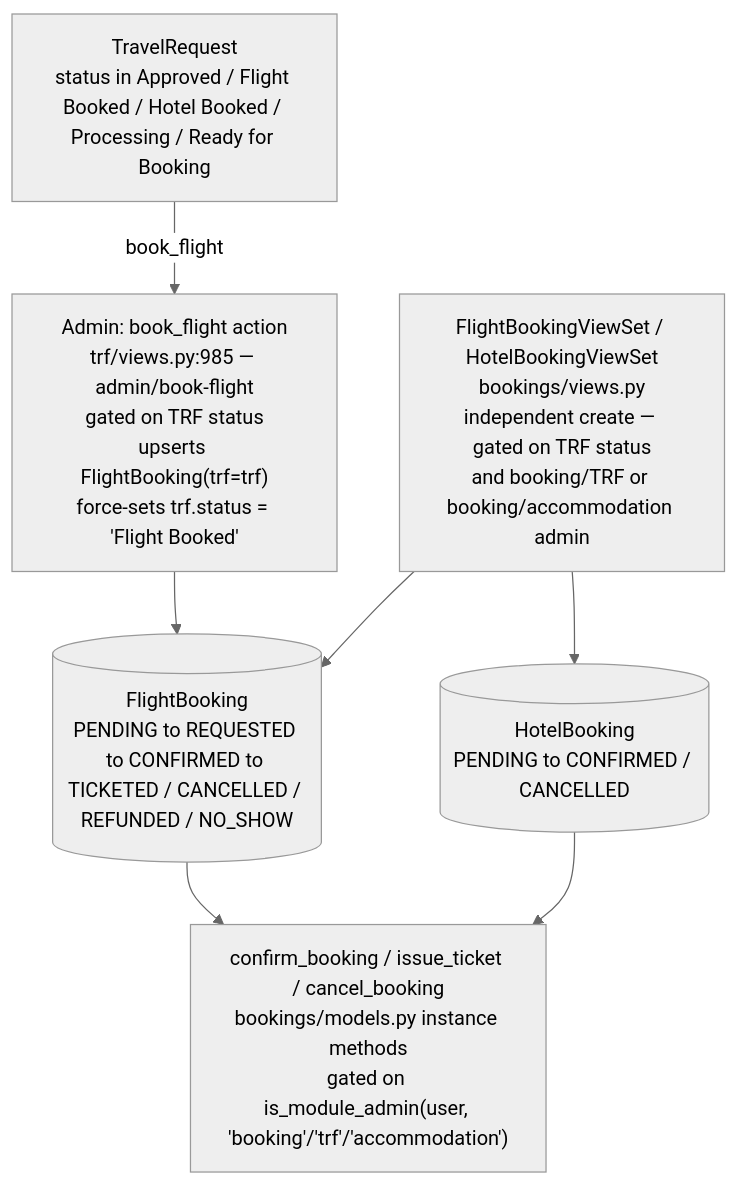
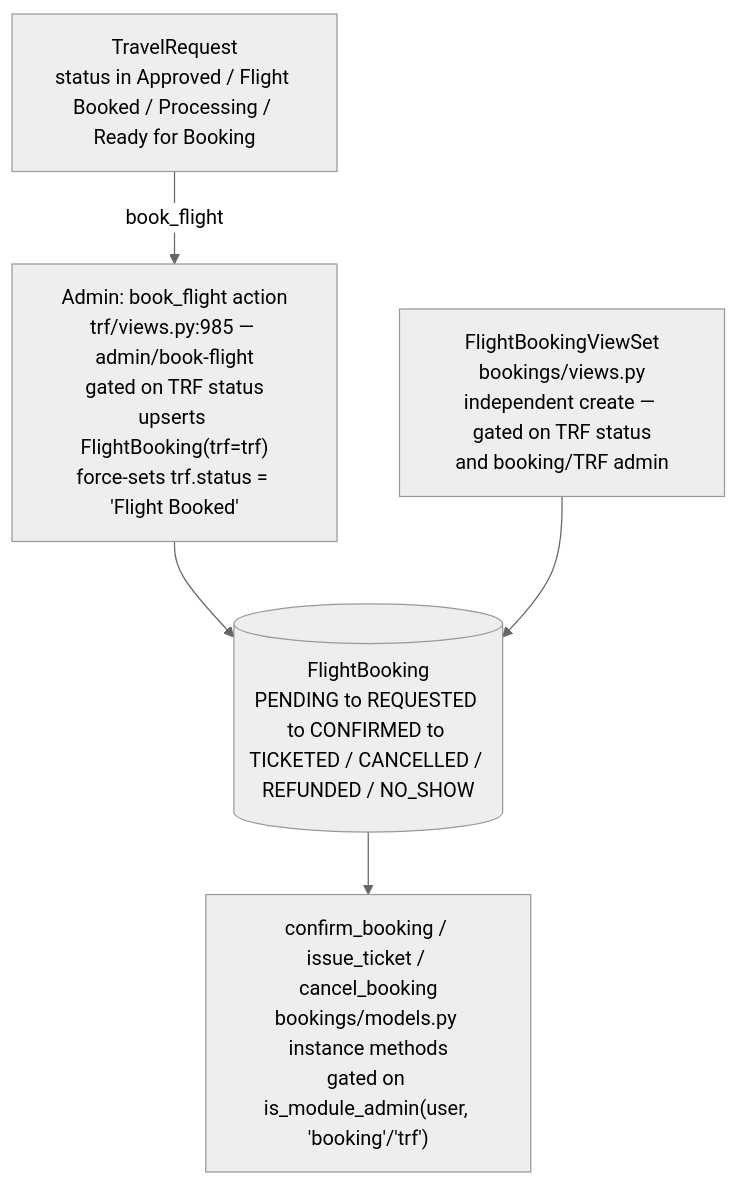
The ninth of 11 diagrams in docs/ARCHITECTURE.md (arslant84/tms.app), drawn with Mermaid (neutral theme) before and after one commit. The commit also changed other lines of this file and 14 other files, not shown here.

First line of the commit message:
Remove dead bookings.HotelBooking model and the unreachable book_hotel reference

````diff
--- a/docs/ARCHITECTURE.md
+++ b/docs/ARCHITECTURE.md
@@ -371,15 +371,12 @@
 ```mermaid
 flowchart TD
-    TRF3["TravelRequest<br/>status in Approved / Flight Booked / Hotel Booked / Processing / Ready for Booking"]
+    TRF3["TravelRequest<br/>status in Approved / Flight Booked / Processing / Ready for Booking"]
     BF["Admin: book_flight action<br/>trf/views.py:985 — admin/book-flight<br/>gated on TRF status<br/>upserts FlightBooking(trf=trf)<br/>force-sets trf.status = 'Flight Booked'"]
-    DIRECT["FlightBookingViewSet / HotelBookingViewSet<br/>bookings/views.py<br/>independent create — gated on TRF status<br/>and booking/TRF or booking/accommodation admin"]
+    DIRECT["FlightBookingViewSet<br/>bookings/views.py<br/>independent create — gated on TRF status<br/>and booking/TRF admin"]
     FB[("FlightBooking<br/>PENDING to REQUESTED to CONFIRMED to TICKETED / CANCELLED / REFUNDED / NO_SHOW")]
-    HB[("HotelBooking<br/>PENDING to CONFIRMED / CANCELLED")]
-    ADMIN3["confirm_booking / issue_ticket / cancel_booking<br/>bookings/models.py instance methods<br/>gated on is_module_admin(user, 'booking'/'trf'/'accommodation')"]
+    ADMIN3["confirm_booking / issue_ticket / cancel_booking<br/>bookings/models.py instance methods<br/>gated on is_module_admin(user, 'booking'/'trf')"]
 
     TRF3 -->|"book_flight"| BF --> FB
     DIRECT --> FB
-    DIRECT --> HB
     FB --> ADMIN3
-    HB --> ADMIN3
 ```
````
